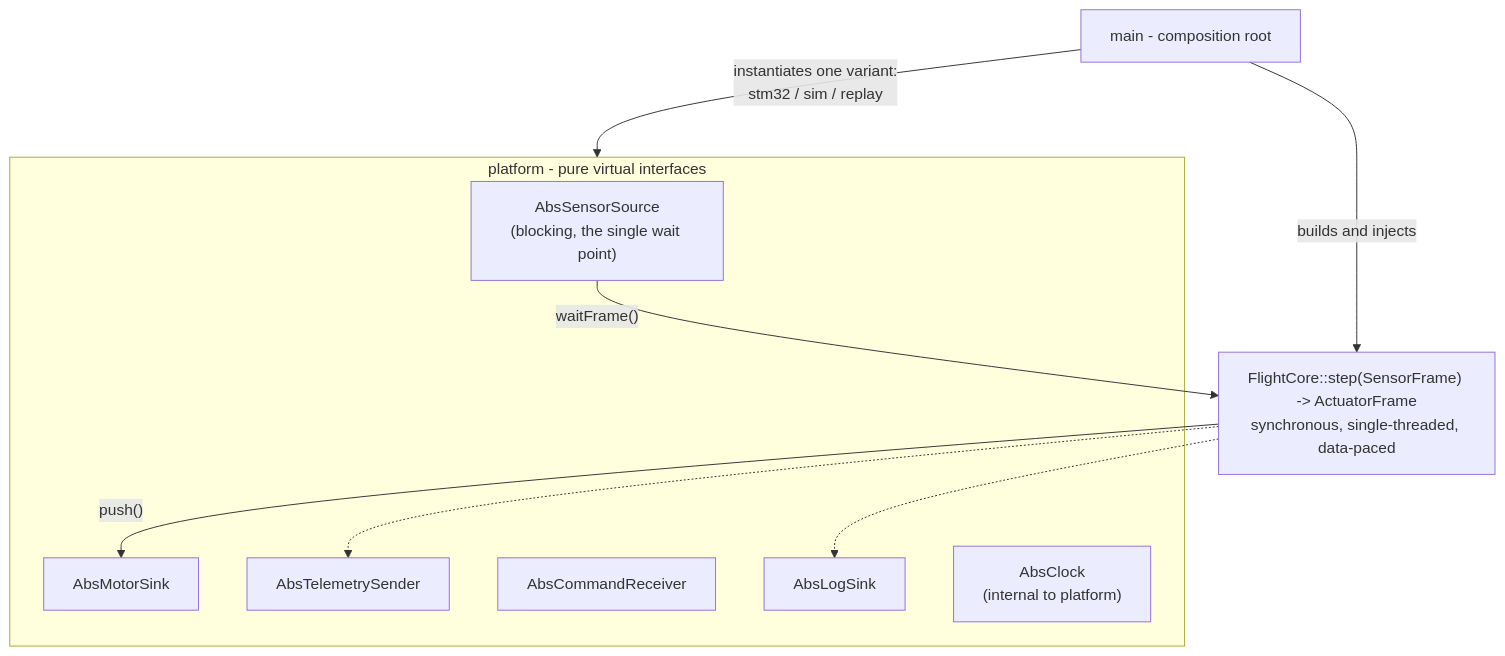
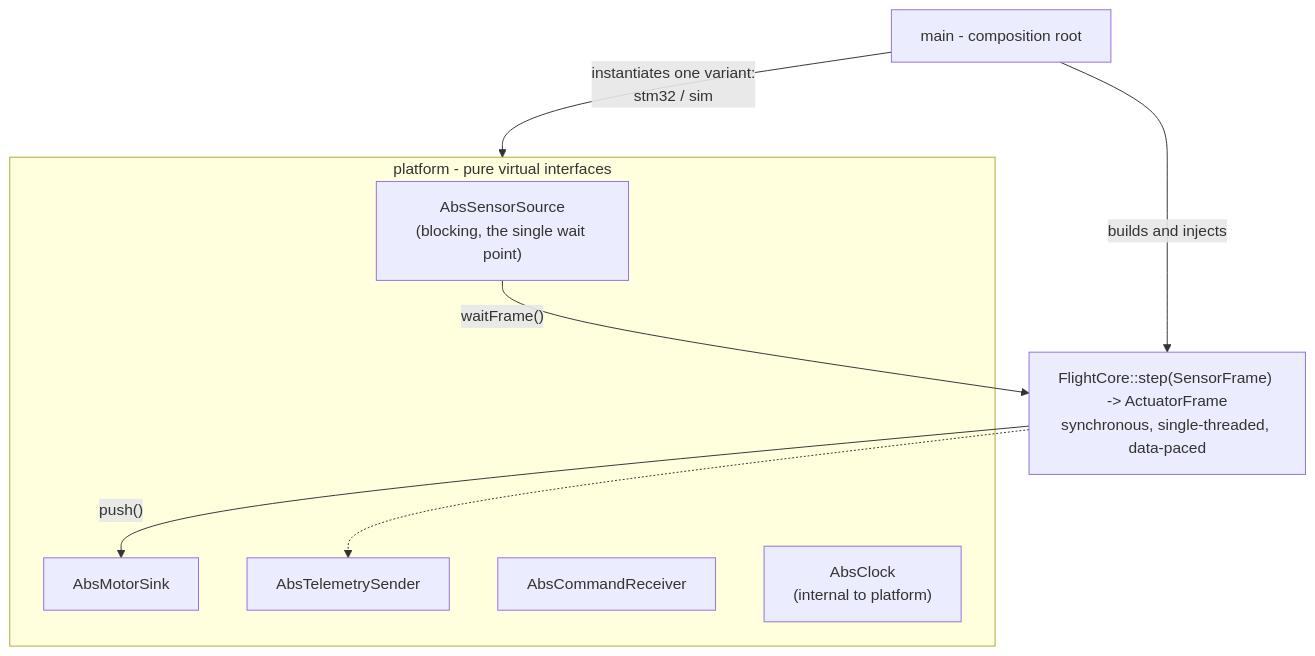
One commit to Keyrim/drone-mark4 changed the second of 2 diagrams in docs/architecture.md. Above: the diagram before and after it, drawn with Mermaid. The commit also changed other lines of this file and 8 other files, not shown here.

````diff
--- a/docs/architecture.md
+++ b/docs/architecture.md
@@ -47,21 +45,19 @@
 ```mermaid
 flowchart TB
     MAIN["main - composition root"]
     CORE["FlightCore::step(SensorFrame) -> ActuatorFrame<br/>synchronous, single-threaded, data-paced"]
 
     subgraph platform["platform - pure virtual interfaces"]
         SRC["AbsSensorSource<br/>(blocking, the single wait point)"]
         SINK["AbsMotorSink"]
         TEL["AbsTelemetrySender"]
         CMD["AbsCommandReceiver"]
-        LOG["AbsLogSink"]
         CLK["AbsClock<br/>(internal to platform)"]
     end
 
     MAIN -->|"builds and injects"| CORE
-    MAIN -->|"instantiates one variant:<br/>stm32 / sim / replay"| platform
+    MAIN -->|"instantiates one variant:<br/>stm32 / sim"| platform
     SRC -->|"waitFrame()"| CORE
     CORE -->|"push()"| SINK
     CORE -.-> TEL
-    CORE -.-> LOG
 ```
````
